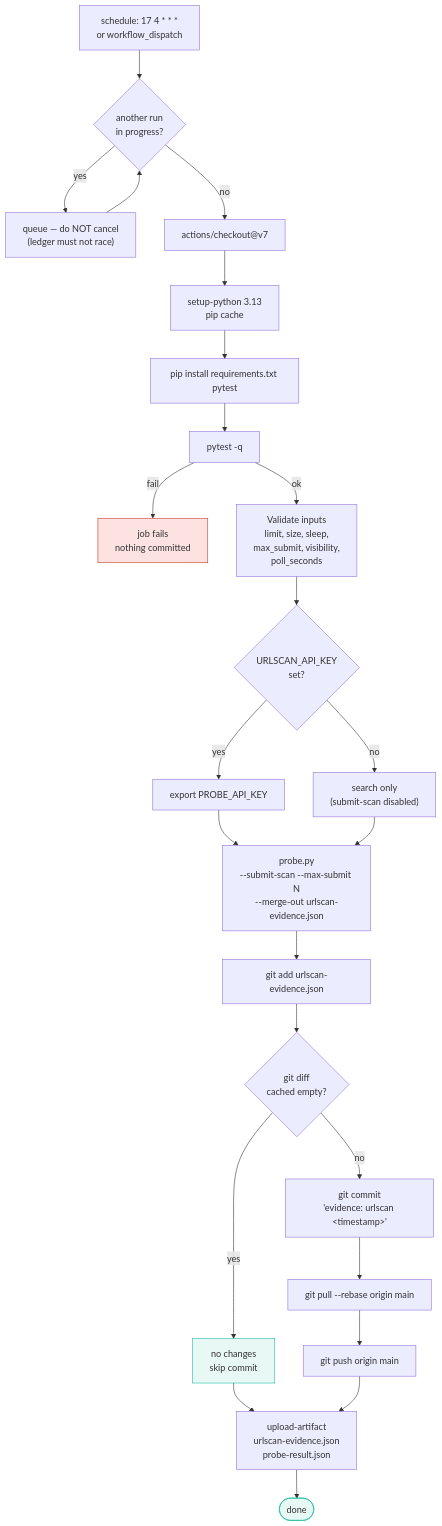
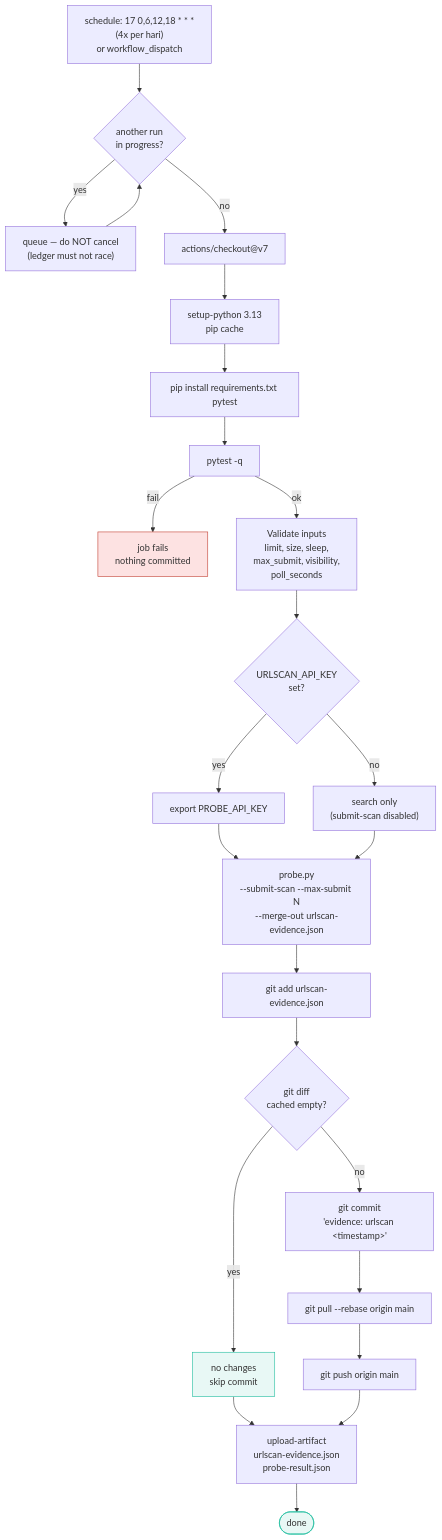
Before and after one commit to aditiya-saputra/Brantas-Judol: diagram 13 of 14 in FLOWCHART.md, drawn with Mermaid. The commit also changed other lines of this file and 4 other files, not shown here.

````diff
--- a/FLOWCHART.md
+++ b/FLOWCHART.md
@@ -438,39 +439,39 @@
 ```mermaid
 flowchart TD
-    Trigger["schedule: 17 4 * * *<br/>or workflow_dispatch"] --> Co{"another run<br/>in progress?"}
+    Trigger["schedule: 17 0,6,12,18 * * *<br/>(4x per hari)<br/>or workflow_dispatch"] --> Co{"another run<br/>in progress?"}
     Co -- yes --> Queue["queue — do NOT cancel<br/>(ledger must not race)"]
     Queue --> Co
 
     Co -- no --> Checkout["actions/checkout@v7"]
     Checkout --> Py["setup-python 3.13<br/>pip cache"]
     Py --> Deps["pip install requirements.txt pytest"]
     Deps --> Test["pytest -q"]
 
     Test -- fail --> Stop["job fails<br/>nothing committed"]
     Test -- ok --> Validate["Validate inputs<br/>limit, size, sleep,<br/>max_submit, visibility,<br/>poll_seconds"]
 
     Validate --> APICheck{"URLSCAN_API_KEY<br/>set?"}
     APICheck -- yes --> SetKey["export PROBE_API_KEY"]
     APICheck -- no --> NoKey["search only<br/>(submit-scan disabled)"]
 
     SetKey --> Probe
     NoKey --> Probe
 
     Probe["probe.py<br/>--submit-scan --max-submit N<br/>--merge-out urlscan-evidence.json"]
 
     Probe --> CommitStep["git add urlscan-evidence.json"]
     CommitStep --> Diff{"git diff<br/>cached empty?"}
     Diff -- yes --> Noop["no changes<br/>skip commit"]
     Diff -- no --> Commit["git commit<br/>'evidence: urlscan &lt;timestamp&gt;'"]
     Commit --> Rebase["git pull --rebase origin main"]
     Rebase --> Push["git push origin main"]
 
     Noop --> Upload
     Push --> Upload["upload-artifact<br/>urlscan-evidence.json<br/>probe-result.json"]
     Upload --> Done(["done"])
 
     classDef err fill:#fde2e2,stroke:#c0392b
     class Stop err
     classDef ok fill:#e8f8f5,stroke:#1abc9c
     class Noop,Done ok
 ```
````
